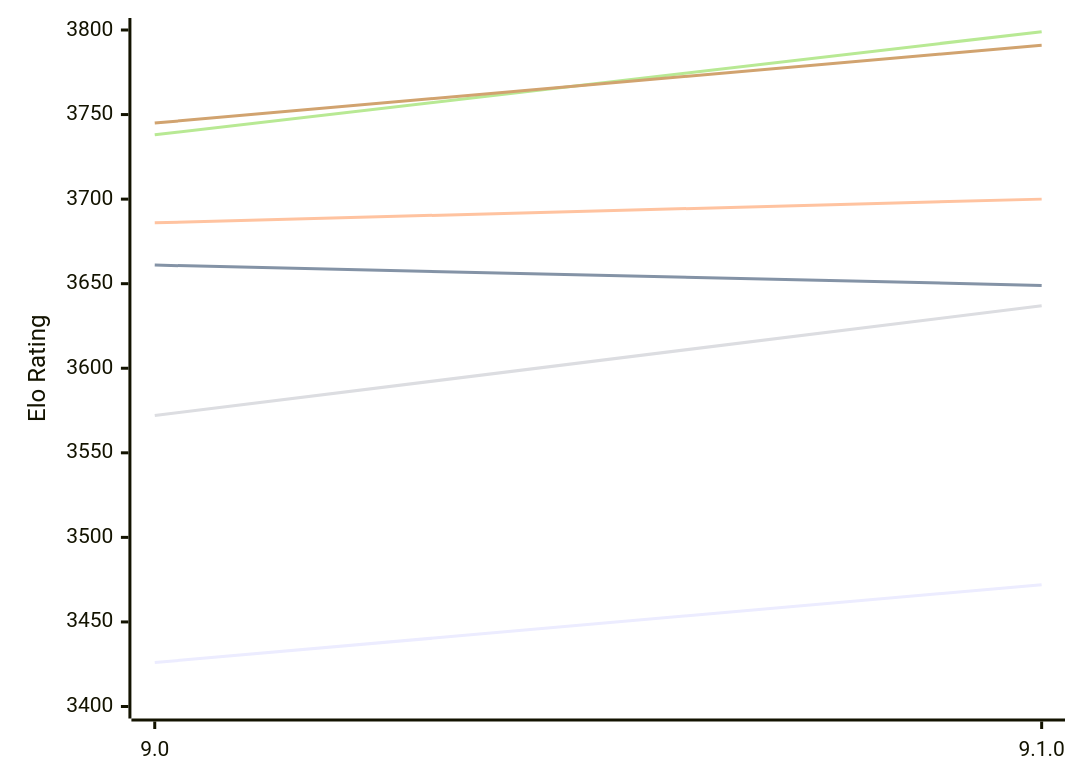
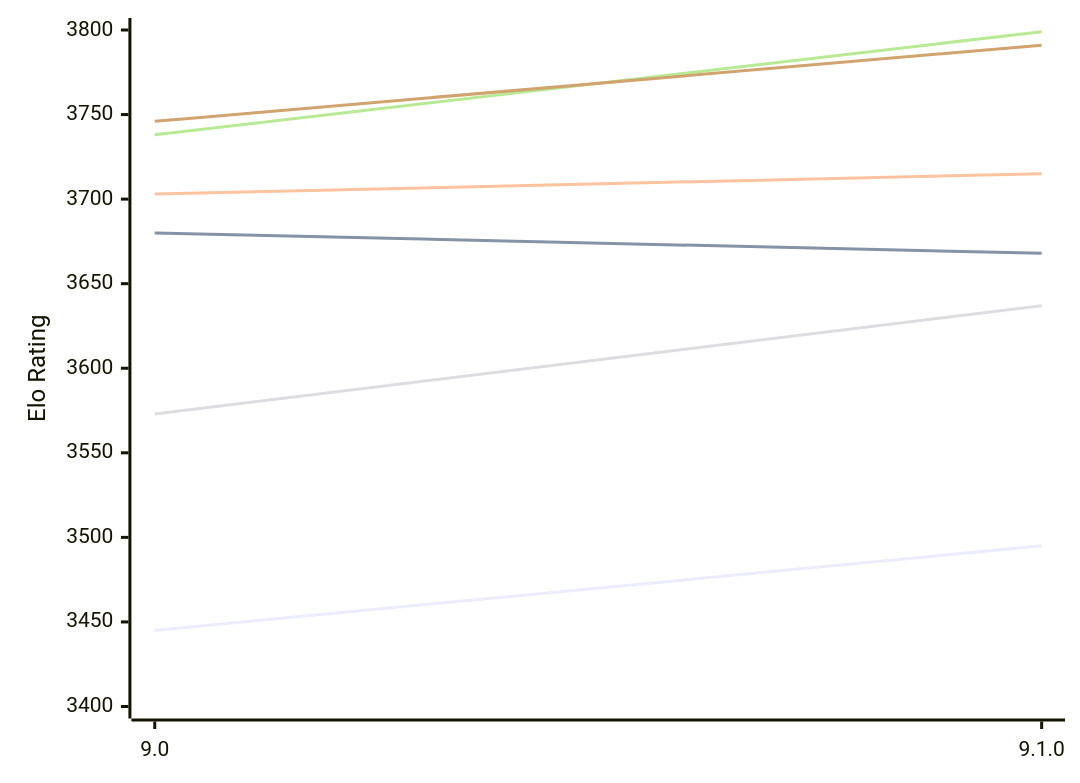
The first of 2 diagrams in engines/Alexandria.md (computer-chess-index/cci), drawn with Mermaid before and after one commit. The commit also changed other lines of this file, not shown here.

Commit message:
Update CCI Ratings (ELO VLTC) - 2026-10-22

````diff
--- a/engines/Alexandria.md
+++ b/engines/Alexandria.md
@@ -54,12 +54,12 @@
 ```mermaid
 %%{init: {"theme":"base","themeVariables":{"seriesColors:['#a3a3a3','#222221','#faa371']}}}%%
 xychart-beta
   x-axis ["9.0", "9.1.0"]
   y-axis "Elo Rating" 3400 --> 3800
-  line "E1: STC (8.0+0.08s)" [3426, 3472]
-  line "E1: LTC (60.0+0.60s)" [3661, 3649]
-  line "E1: VLTC (2m24s+1.12s)" [3686, 3700]
-  line "P1: STC (8.0+0.08s)" [3572, 3637]
+  line "E1: STC (8.0+0.08s)" [3445, 3495]
+  line "E1: LTC (60.0+0.60s)" [3680, 3668]
+  line "E1: VLTC (2m24s+1.12s)" [3703, 3715]
+  line "P1: STC (8.0+0.08s)" [3573, 3637]
   line "P1: LTC (60.0+0.60s)" [3738, 3799]
-  line "P1: VLTC (2m24s+1.12s)" [3745, 3791]
+  line "P1: VLTC (2m24s+1.12s)" [3746, 3791]
 ```
````
